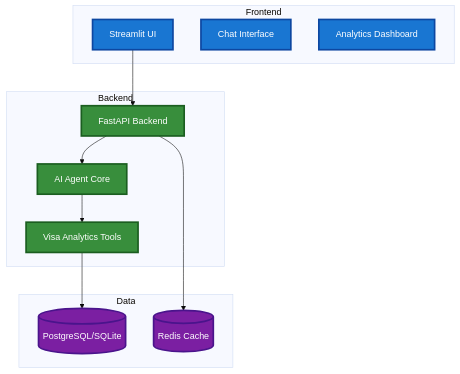
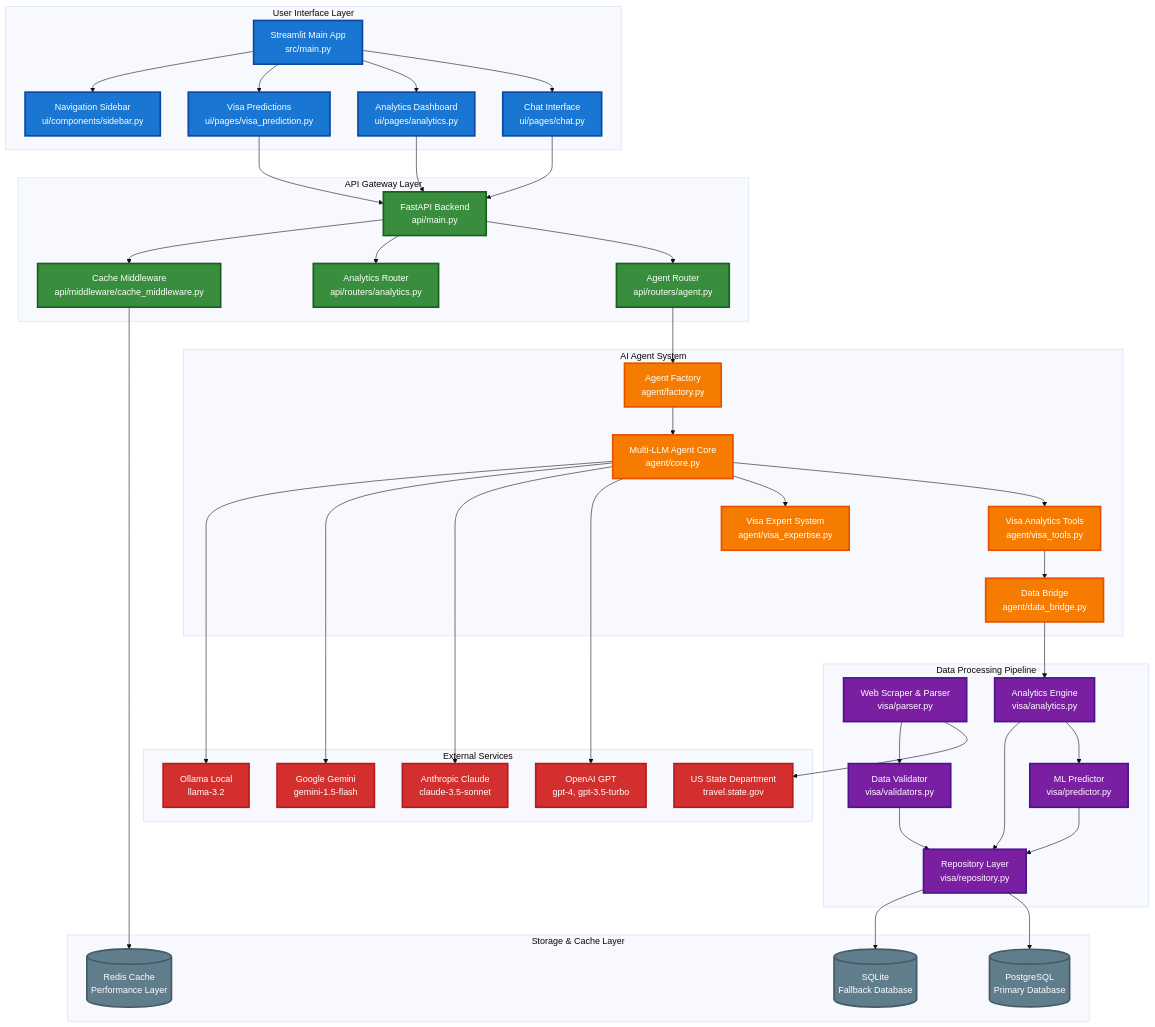
Before and after one commit to kenneth-fernandes/cisc691-a06: the diagram in README.md, drawn with Mermaid (base theme). The commit also changed other lines of this file and 7 other files, not shown here.

````diff
--- a/README.md
+++ b/README.md
@@ -263,34 +435,105 @@
 ```mermaid
 graph TB
-    subgraph "Frontend"
-        UI[Streamlit UI]
-        CHAT[Chat Interface]
-        ANALYTICS[Analytics Dashboard]
+    subgraph "User Interface Layer"
+        UI[Streamlit Main App<br/>src/main.py]
+        CHAT[Chat Interface<br/>ui/pages/chat.py]
+        ANALYTICS[Analytics Dashboard<br/>ui/pages/analytics.py]
+        PRED[Visa Predictions<br/>ui/pages/visa_prediction.py]
+        SIDEBAR[Navigation Sidebar<br/>ui/components/sidebar.py]
     end
     
-    subgraph "Backend"
-        API[FastAPI Backend]
-        AGENT[AI Agent Core]
-        TOOLS[Visa Analytics Tools]
+    subgraph "API Gateway Layer"
+        API[FastAPI Backend<br/>api/main.py]
+        AGENT_ROUTER[Agent Router<br/>api/routers/agent.py]
+        ANALYTICS_ROUTER[Analytics Router<br/>api/routers/analytics.py]
+        CACHE_MW[Cache Middleware<br/>api/middleware/cache_middleware.py]
     end
     
-    subgraph "Data"
-        DB[(PostgreSQL/SQLite)]
-        CACHE[(Redis Cache)]
+    subgraph "AI Agent System"
+        FACTORY[Agent Factory<br/>agent/factory.py]
+        CORE[Multi-LLM Agent Core<br/>agent/core.py]
+        TOOLS[Visa Analytics Tools<br/>agent/visa_tools.py]
+        EXPERTISE[Visa Expert System<br/>agent/visa_expertise.py]
+        BRIDGE[Data Bridge<br/>agent/data_bridge.py]
     end
     
-    UI --> API
-    API --> AGENT
-    AGENT --> TOOLS
-    TOOLS --> DB
-    API --> CACHE
+    subgraph "Data Processing Pipeline"
+        PARSER[Web Scraper & Parser<br/>visa/parser.py]
+        VALIDATOR[Data Validator<br/>visa/validators.py]
+        ANALYTICS_ENGINE[Analytics Engine<br/>visa/analytics.py]
+        ML_PREDICTOR[ML Predictor<br/>visa/predictor.py]
+        REPO[Repository Layer<br/>visa/repository.py]
+    end
     
-    %% High contrast styling
-    classDef frontend fill:#1976d2,stroke:#0d47a1,stroke-width:3px,color:#ffffff
-    classDef backend fill:#388e3c,stroke:#1b5e20,stroke-width:3px,color:#ffffff
+    subgraph "Storage & Cache Layer"
+        PG[(PostgreSQL<br/>Primary Database)]
+        SQLITE[(SQLite<br/>Fallback Database)]
+        REDIS[(Redis Cache<br/>Performance Layer)]
+    end
+    
+    subgraph "External Services"
+        STATE_DEPT[US State Department<br/>travel.state.gov]
+        OPENAI[OpenAI GPT<br/>gpt-4, gpt-3.5-turbo]
+        ANTHROPIC[Anthropic Claude<br/>claude-3.5-sonnet]
+        GOOGLE[Google Gemini<br/>gemini-1.5-flash]
+        OLLAMA[Ollama Local<br/>llama-3.2]
+    end
+    
+    %% User Interface Flow
+    UI --> CHAT
+    UI --> ANALYTICS
+    UI --> PRED
+    UI --> SIDEBAR
+    
+    %% API Communication
+    CHAT --> API
+    ANALYTICS --> API
+    PRED --> API
+    
+    %% API Routing
+    API --> AGENT_ROUTER
+    API --> ANALYTICS_ROUTER
+    API --> CACHE_MW
+    
+    %% Agent System Flow
+    AGENT_ROUTER --> FACTORY
+    FACTORY --> CORE
+    CORE --> TOOLS
+    CORE --> EXPERTISE
+    TOOLS --> BRIDGE
+    
+    %% Data Processing Flow
+    PARSER --> STATE_DEPT
+    PARSER --> VALIDATOR
+    VALIDATOR --> REPO
+    BRIDGE --> ANALYTICS_ENGINE
+    ANALYTICS_ENGINE --> ML_PREDICTOR
+    ANALYTICS_ENGINE --> REPO
+    ML_PREDICTOR --> REPO
+    
+    %% Storage Connections
+    REPO --> PG
+    REPO --> SQLITE
+    CACHE_MW --> REDIS
+    
+    %% External AI Services
+    CORE --> OPENAI
+    CORE --> ANTHROPIC
+    CORE --> GOOGLE
+    CORE --> OLLAMA
+    
+    %% Styling with distinct, professional colors
+    classDef ui fill:#1976d2,stroke:#0d47a1,stroke-width:3px,color:#ffffff
+    classDef api fill:#388e3c,stroke:#1b5e20,stroke-width:3px,color:#ffffff
+    classDef agent fill:#f57c00,stroke:#e65100,stroke-width:3px,color:#ffffff
     classDef data fill:#7b1fa2,stroke:#4a148c,stroke-width:3px,color:#ffffff
+    classDef storage fill:#607d8b,stroke:#455a64,stroke-width:3px,color:#ffffff
+    classDef external fill:#d32f2f,stroke:#b71c1c,stroke-width:3px,color:#ffffff
     
-    class UI,CHAT,ANALYTICS frontend
-    class API,AGENT,TOOLS backend
-    class DB,CACHE data
+    class UI,CHAT,ANALYTICS,PRED,SIDEBAR ui
+    class API,AGENT_ROUTER,ANALYTICS_ROUTER,CACHE_MW api
+    class FACTORY,CORE,TOOLS,EXPERTISE,BRIDGE agent
+    class PARSER,VALIDATOR,ANALYTICS_ENGINE,ML_PREDICTOR,REPO data
+    class PG,SQLITE,REDIS storage
+    class STATE_DEPT,OPENAI,ANTHROPIC,GOOGLE,OLLAMA external
 ```
````
